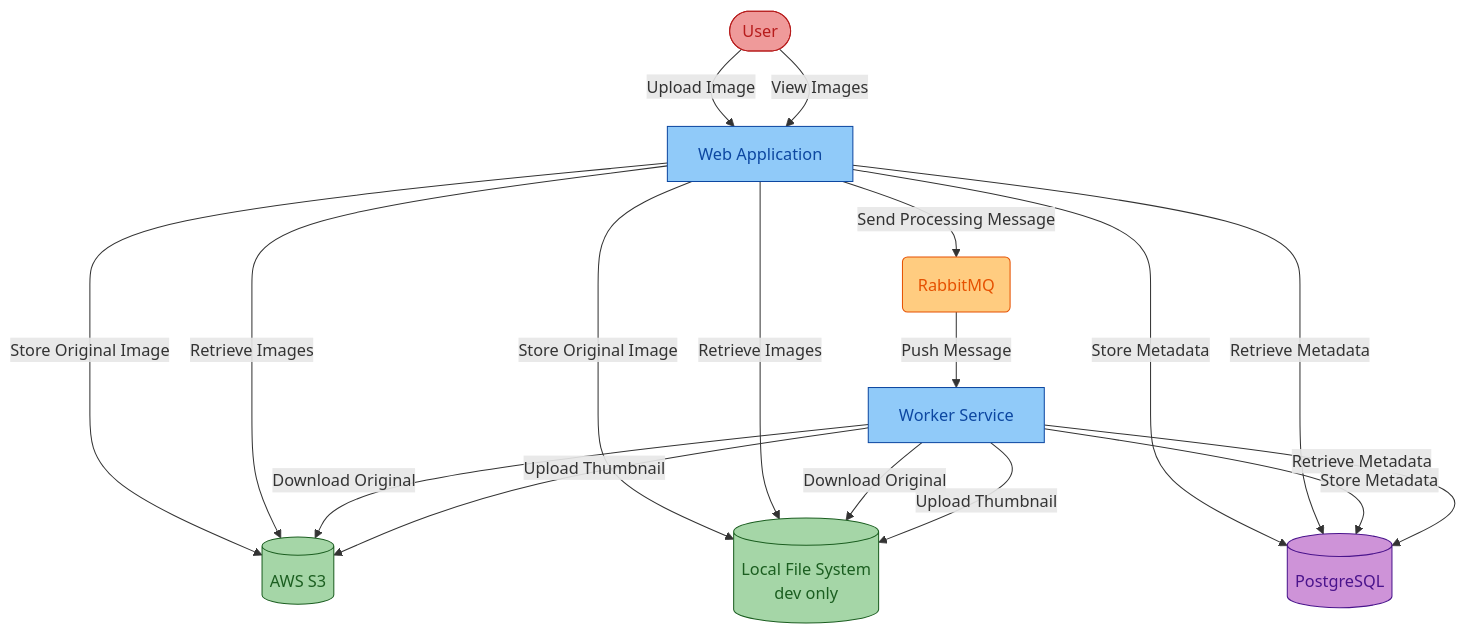
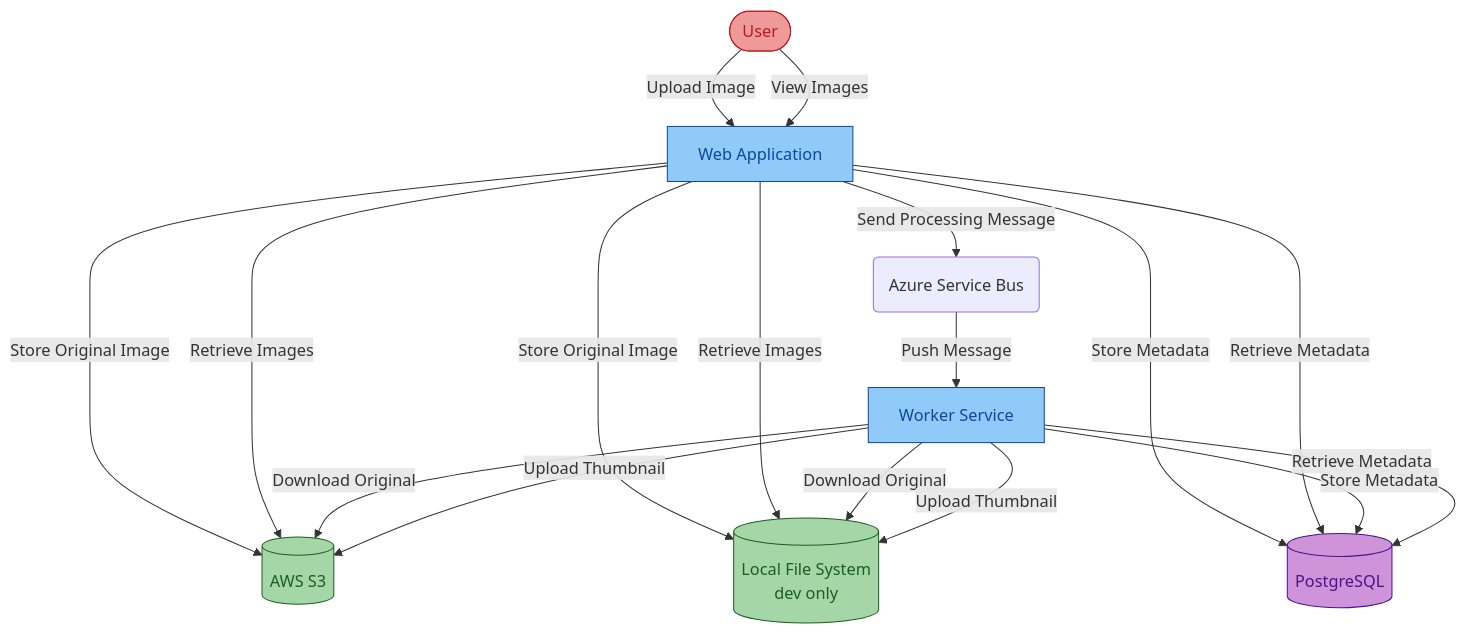
Before and after one commit to showpune/asset-manager-showpune: the first of 2 diagrams in README.md, drawn with Mermaid. The commit also changed other lines of this file, not shown here.

Commit message:
Complete Azure Service Bus migration with documentation updates

````diff
--- a/README.md
+++ b/README.md
@@ -11,59 +11,59 @@
 ```mermaid
 flowchart TD
 
 %% Applications
 WebApp[Web Application]
 Worker[Worker Service]
 
 %% Storage Components
 S3[(AWS S3)]
 LocalFS[("Local File System<br/>dev only")]
 
 %% Message Broker
-RabbitMQ(RabbitMQ)
+ServiceBus(Azure Service Bus)
 
 %% Database
 PostgreSQL[(PostgreSQL)]
 
 %% User
 User([User])
 
 %% User Flow
 User -->|Upload Image| WebApp
 User -->|View Images| WebApp
 
 %% Web App Flows
 WebApp -->|Store Original Image| S3
 WebApp -->|Store Original Image| LocalFS
-WebApp -->|Send Processing Message| RabbitMQ
+WebApp -->|Send Processing Message| ServiceBus
 WebApp -->|Store Metadata| PostgreSQL
 WebApp -->|Retrieve Images| S3
 WebApp -->|Retrieve Images| LocalFS
 WebApp -->|Retrieve Metadata| PostgreSQL
 
-%% RabbitMQ Flow
-RabbitMQ -->|Push Message| Worker
+%% Service Bus Flow
+ServiceBus -->|Push Message| Worker
 
 %% Worker Flow
 Worker -->|Download Original| S3
 Worker -->|Download Original| LocalFS
 Worker -->|Upload Thumbnail| S3
 Worker -->|Upload Thumbnail| LocalFS
 Worker -->|Store Metadata| PostgreSQL
 Worker -->|Retrieve Metadata| PostgreSQL
 
 %% Styling
 classDef app fill:#90caf9,stroke:#0d47a1,color:#0d47a1
 classDef storage fill:#a5d6a7,stroke:#1b5e20,color:#1b5e20
 classDef broker fill:#ffcc80,stroke:#e65100,color:#e65100
 classDef db fill:#ce93d8,stroke:#4a148c,color:#4a148c
 classDef queue fill:#fff59d,stroke:#f57f17,color:#f57f17
 classDef user fill:#ef9a9a,stroke:#b71c1c,color:#b71c1c
 
 class WebApp,Worker app
 class S3,LocalFS storage
 class RabbitMQ broker
 class PostgreSQL db
 class Queue,RetryQueue queue
 class User user
 ```
````
